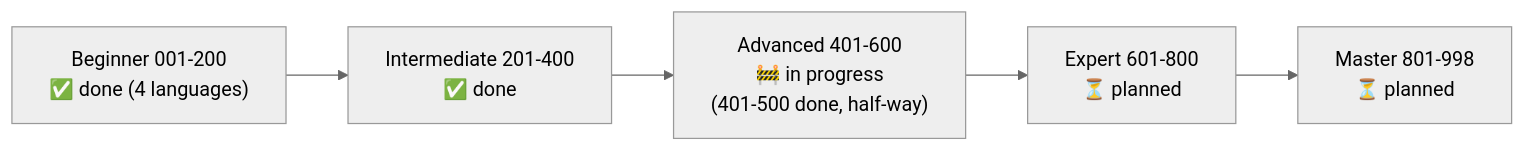
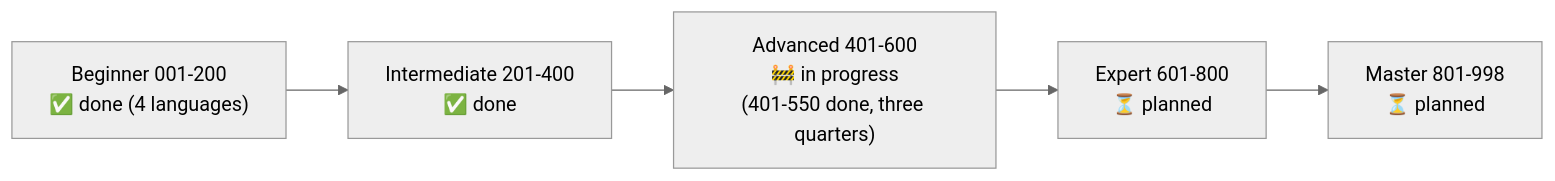
The sixth of 6 diagrams in tutorials/README.md (metodiev/Cracking-Coding), drawn with Mermaid (neutral theme) before and after one commit. The commit also changed other lines of this file and 252 other files, not shown here.

````diff
--- a/tutorials/README.md
+++ b/tutorials/README.md
@@ -160,7 +160,7 @@
 ```mermaid
 flowchart LR
     B1["Beginner 001-200<br/>✅ done (4 languages)"] --> I1["Intermediate 201-400<br/>✅ done"]
-    I1 --> A["Advanced 401-600<br/>🚧 in progress<br/>(401-500 done, half-way)"]
+    I1 --> A["Advanced 401-600<br/>🚧 in progress<br/>(401-550 done, three quarters)"]
     A --> E["Expert 601-800<br/>⏳ planned"]
     E --> M["Master 801-998<br/>⏳ planned"]
 ```
````
